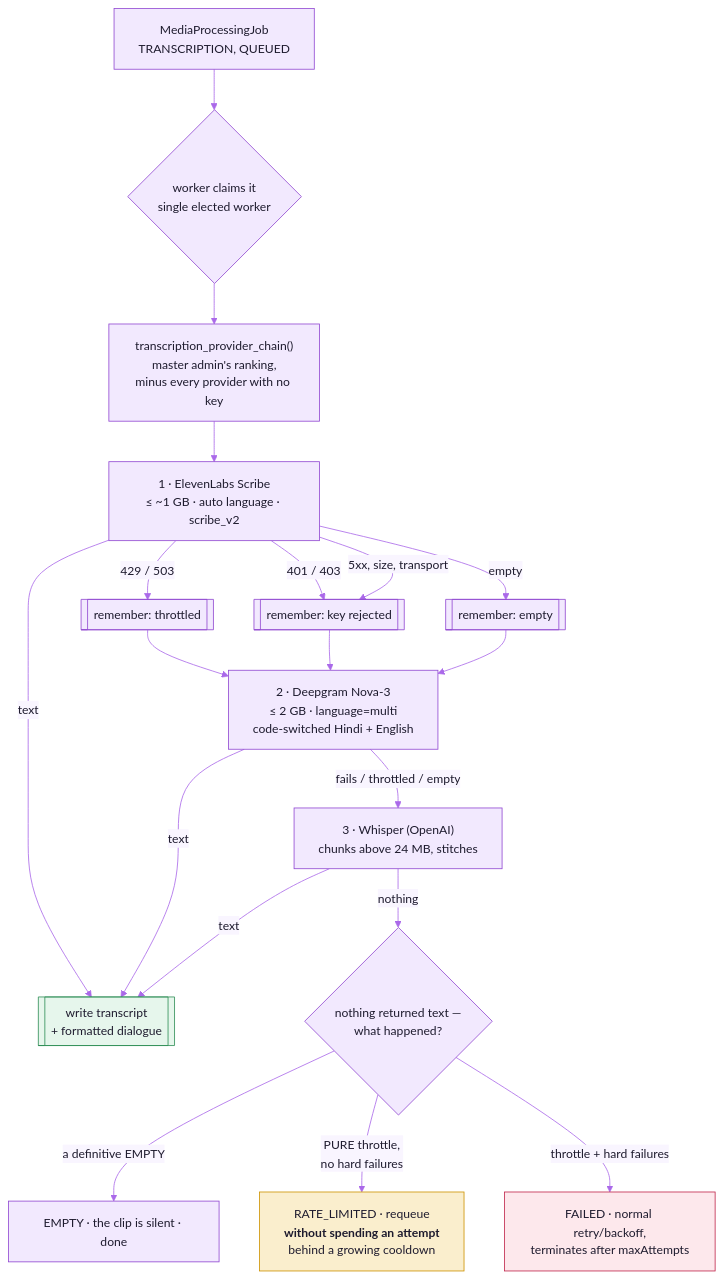
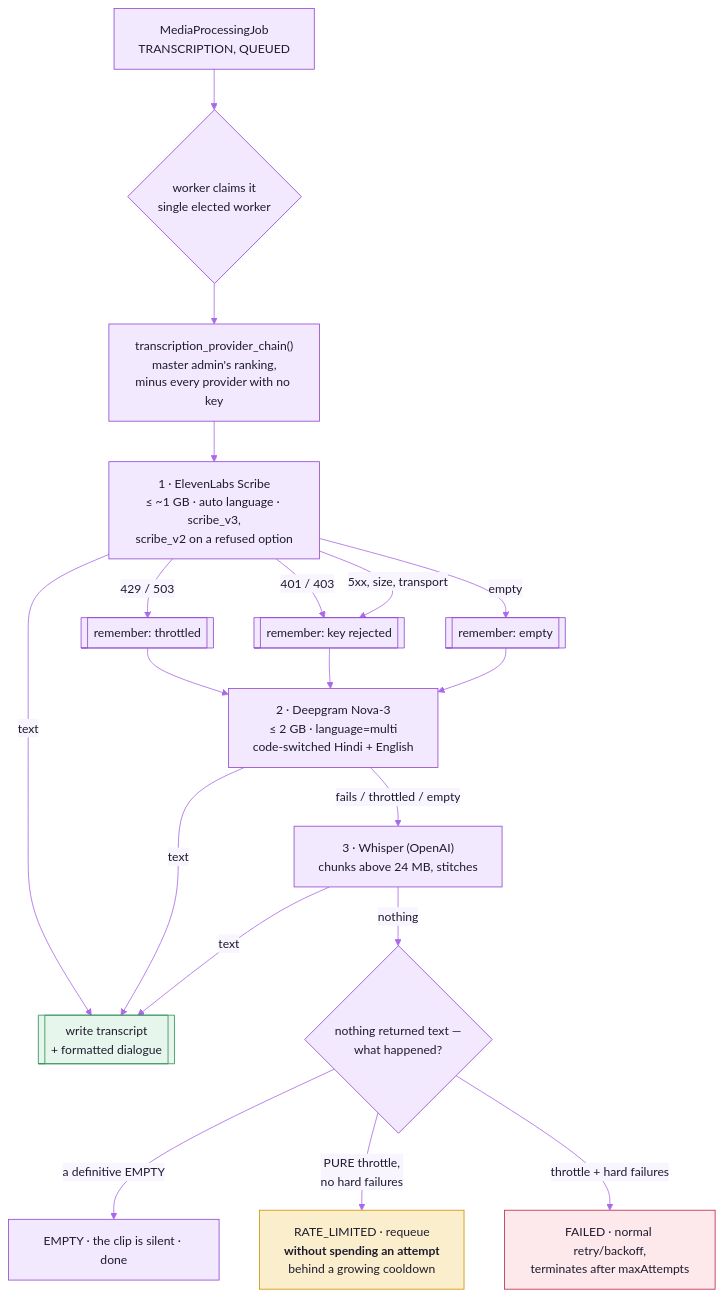
Before and after one commit to cxacraftecosystem-ui/documentation-portal: the eighth of 14 diagrams in docs/ARCHITECTURE.md, drawn with Mermaid. The commit also changed other lines of this file and 52 other files, not shown here.

Commit message:
0.0.2: speech-to-text moves to ElevenLabs Scribe v3 on every surface, retries on Scribe v2 when a request is refused, and Android shows the badge the server names

````diff
--- a/docs/ARCHITECTURE.md
+++ b/docs/ARCHITECTURE.md
@@ -348,32 +348,32 @@
 ```mermaid
 %%{init: {"theme":"base","fontFamily":"Inter, ui-sans-serif, system-ui, -apple-system, Segoe UI, Roboto, Helvetica, Arial, sans-serif","themeVariables":{"fontSize":"15px","primaryColor":"#F2E9FE","primaryTextColor":"#1E1B2E","primaryBorderColor":"#9148D2","secondaryColor":"#FAEECD","secondaryTextColor":"#1E1B2E","secondaryBorderColor":"#CD9200","tertiaryColor":"#F3F1FA","tertiaryTextColor":"#1E1B2E","tertiaryBorderColor":"#A7A3BC","mainBkg":"#F2E9FE","nodeBorder":"#9148D2","nodeTextColor":"#1E1B2E","lineColor":"#AA69E9","textColor":"#857F9E","edgeLabelBackground":"#F9F5FF","clusterBkg":"#F9F5FF","clusterBorder":"#D6B6FB","titleColor":"#762CB1","noteBkgColor":"#FAEECD","noteTextColor":"#1E1B2E","noteBorderColor":"#CD9200","actorBkg":"#F2E9FE","actorBorder":"#9148D2","actorTextColor":"#1E1B2E","actorLineColor":"#AA69E9","signalColor":"#AA69E9","signalTextColor":"#857F9E","labelBoxBkgColor":"#F2E9FE","labelBoxBorderColor":"#9148D2","labelTextColor":"#1E1B2E","loopTextColor":"#857F9E","activationBkgColor":"#E7D5FE","activationBorderColor":"#9148D2","sequenceNumberColor":"#FFFFFF","transitionColor":"#AA69E9","transitionLabelColor":"#857F9E","stateLabelColor":"#1E1B2E","stateBkg":"#F2E9FE","compositeBackground":"#F9F5FF","compositeTitleBackground":"#F2E9FE","attributeBackgroundColorOdd":"#FFFFFF","attributeBackgroundColorEven":"#F9F5FF","relationColor":"#AA69E9","relationLabelBackground":"#F9F5FF","relationLabelColor":"#1E1B2E"}}}%%
 flowchart TD
   job["MediaProcessingJob<br/>TRANSCRIPTION, QUEUED"] --> claim{"worker claims it<br/>single elected worker"}
   claim --> chain["transcription_provider_chain()<br/>master admin's ranking,<br/>minus every provider with no key"]
-  chain --> p1["1 · ElevenLabs Scribe<br/>≤ ~1 GB · auto language · scribe_v2"]
+  chain --> p1["1 · ElevenLabs Scribe<br/>≤ ~1 GB · auto language · scribe_v3,<br/>scribe_v2 on a refused option"]
 
   p1 -->|text| done[["write transcript<br/>+ formatted dialogue"]]
   p1 -->|"429 / 503"| rl1[[remember: throttled]]
   p1 -->|"401 / 403"| hf1[[remember: key rejected]]
   p1 -->|"5xx, size, transport"| hf1
   p1 -->|empty| e1[[remember: empty]]
 
   rl1 --> p2
   hf1 --> p2
   e1 --> p2
   p2["2 · Deepgram Nova-3<br/>≤ 2 GB · language=multi<br/>code-switched Hindi + English"]
 
   p2 -->|text| done
   p2 -->|fails / throttled / empty| p3
   p3["3 · Whisper (OpenAI)<br/>chunks above 24 MB, stitches"]
   p3 -->|text| done
   p3 -->|nothing| resolve{"nothing returned text —<br/>what happened?"}
 
   resolve -->|"a definitive EMPTY"| empty["EMPTY · the clip is silent · done"]
   resolve -->|"PURE throttle,<br/>no hard failures"| rate["RATE_LIMITED · requeue<br/><b>without spending an attempt</b><br/>behind a growing cooldown"]
   resolve -->|"throttle + hard failures"| failed["FAILED · normal retry/backoff,<br/>terminates after maxAttempts"]
 
   style rate fill:#FAEECD,stroke:#CD9200,color:#1E1B2E
   style failed fill:#FDE8EC,stroke:#C0264B,color:#1E1B2E
   style done fill:#E6F6EC,stroke:#2F8F57,color:#1E1B2E
 ```
````
